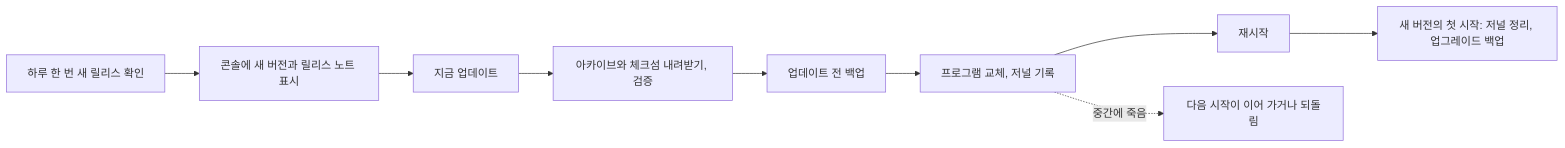
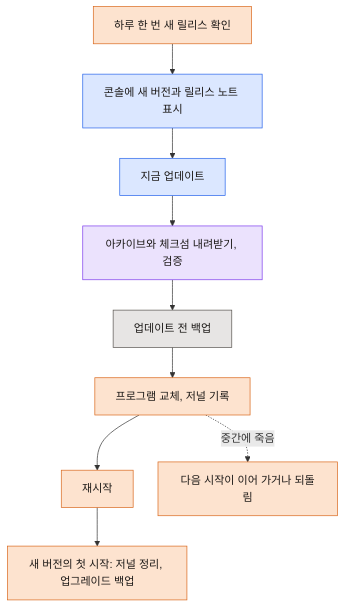
One commit to kim0040/masamong2 changed the second of 3 diagrams in docs/architecture/console-and-ops.md. Above: the diagram before and after it, drawn with Mermaid. The commit also changed other lines of this file and 5 other files, not shown here.

Commit message:
docs: the Mermaid diagrams share one class palette with explicit text colours, run top-down to fit the page, and the sequence diagram is narrower

````diff
--- a/docs/architecture/console-and-ops.md
+++ b/docs/architecture/console-and-ops.md
@@ -136,11 +146,22 @@
 ```mermaid
-flowchart LR
+%%{init: {"flowchart": {"curve": "basis", "nodeSpacing": 36, "rankSpacing": 44}}}%%
+flowchart TB
   CK["하루 한 번 새 릴리스 확인"] --> NT["콘솔에 새 버전과 릴리스 노트 표시"]
   NT --> AP["지금 업데이트"]
   AP --> DL["아카이브와 체크섬 내려받기, 검증"]
   DL --> BK["업데이트 전 백업"]
   BK --> SW["프로그램 교체, 저널 기록"]
   SW --> RS["재시작"]
   RS --> OK["새 버전의 첫 시작: 저널 정리, 업그레이드 백업"]
   SW -. "중간에 죽음" .-> RC["다음 시작이 이어 가거나 되돌림"]
+
+  classDef entry fill:#dbe7ff,stroke:#2563eb,color:#1c1917
+  classDef core fill:#fde3cf,stroke:#d9661a,color:#1c1917
+  classDef memory fill:#dcf3e3,stroke:#15803d,color:#1c1917
+  classDef external fill:#ebe2fd,stroke:#7c3aed,color:#1c1917
+  classDef store fill:#e7e5e4,stroke:#57534e,color:#1c1917
+  class NT,AP entry
+  class CK,SW,RS,OK,RC core
+  class DL external
+  class BK store
 ```
````
